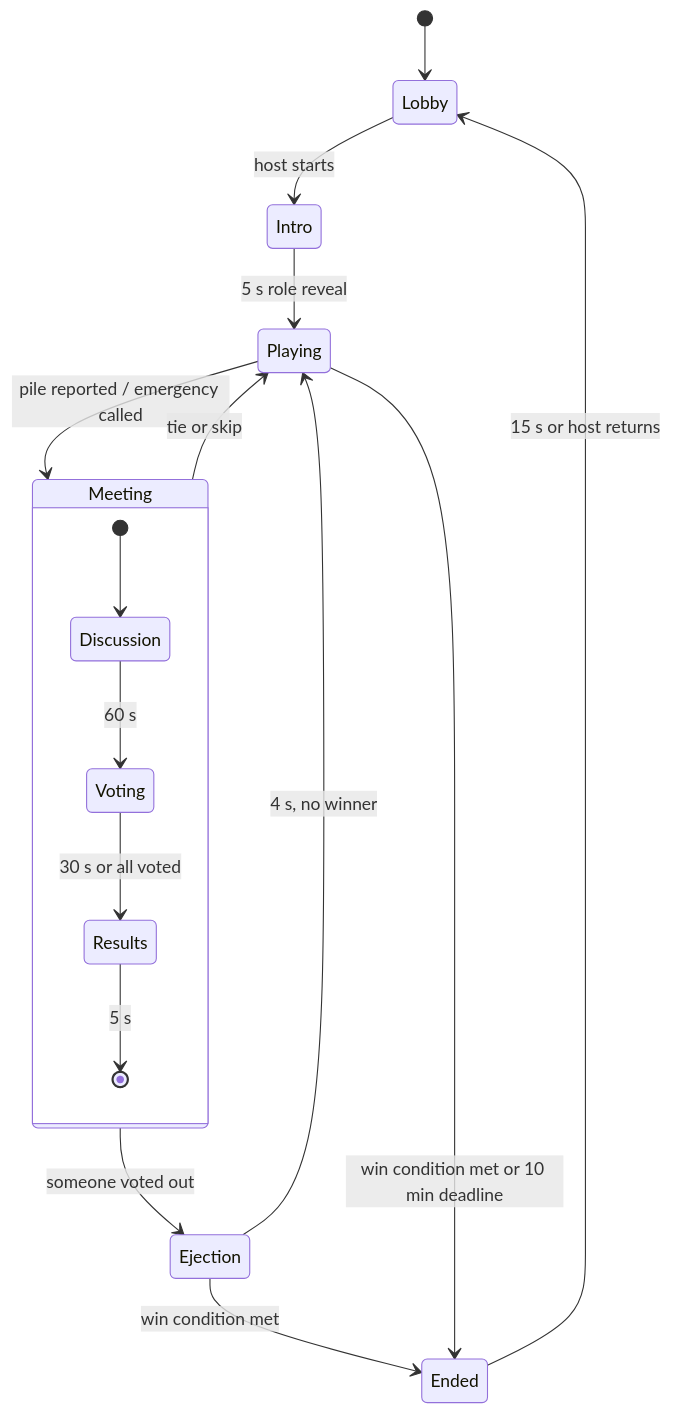
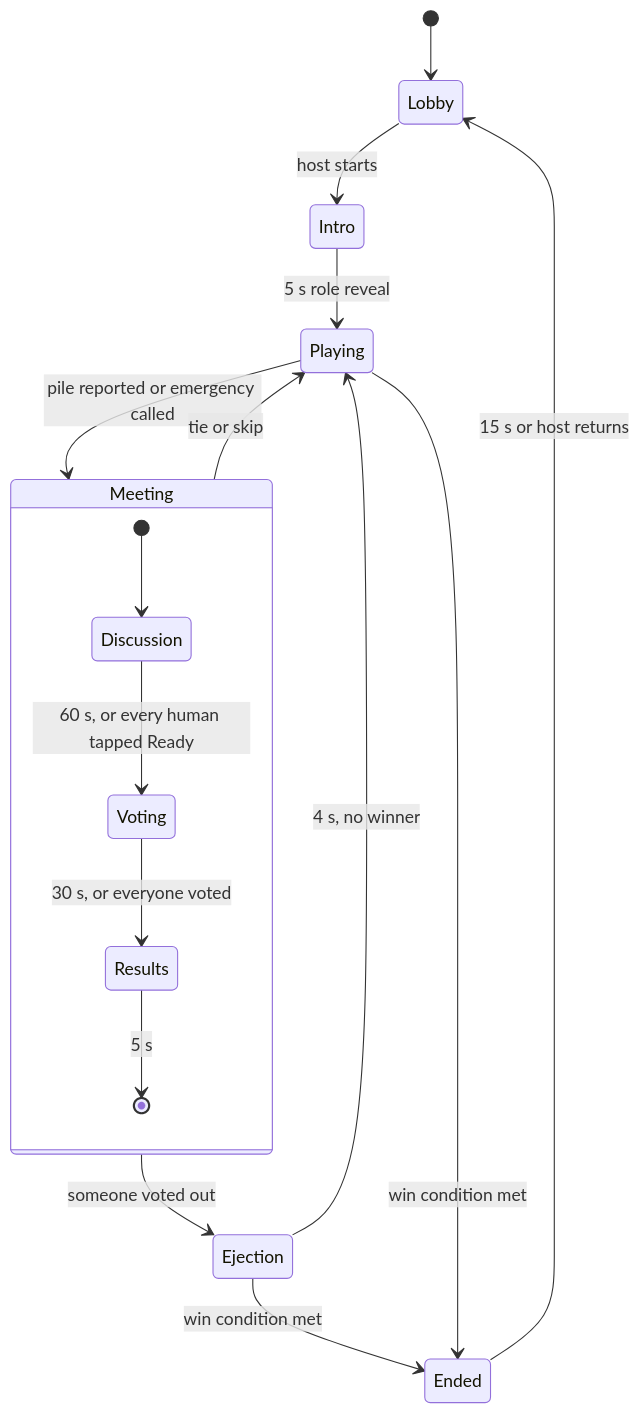
The first of 7 diagrams in docs/architecture/04-game-rules.md (Faouzi-Blibech/EcoSus-Uncycled), drawn with Mermaid before and after one commit. The commit also changed other lines of this file and 11 other files, not shown here.

Commit message:
docs: second design review (2026-11-14) for the architecture views and the design spec

````diff
--- a/docs/architecture/04-game-rules.md
+++ b/docs/architecture/04-game-rules.md
@@ -19,19 +25,19 @@
 ```mermaid
 stateDiagram-v2
     [*] --> Lobby
     Lobby --> Intro: host starts
     Intro --> Playing: 5 s role reveal
-    Playing --> Meeting: pile reported / emergency called
+    Playing --> Meeting: pile reported or emergency called
     state Meeting {
         [*] --> Discussion
-        Discussion --> Voting: 60 s
-        Voting --> Results: 30 s or all voted
+        Discussion --> Voting: 60 s, or every human tapped Ready
+        Voting --> Results: 30 s, or everyone voted
         Results --> [*]: 5 s
     }
     Meeting --> Ejection: someone voted out
     Meeting --> Playing: tie or skip
     Ejection --> Playing: 4 s, no winner
     Ejection --> Ended: win condition met
-    Playing --> Ended: win condition met or 10 min deadline
+    Playing --> Ended: win condition met
     Ended --> Lobby: 15 s or host returns
 ```
````
